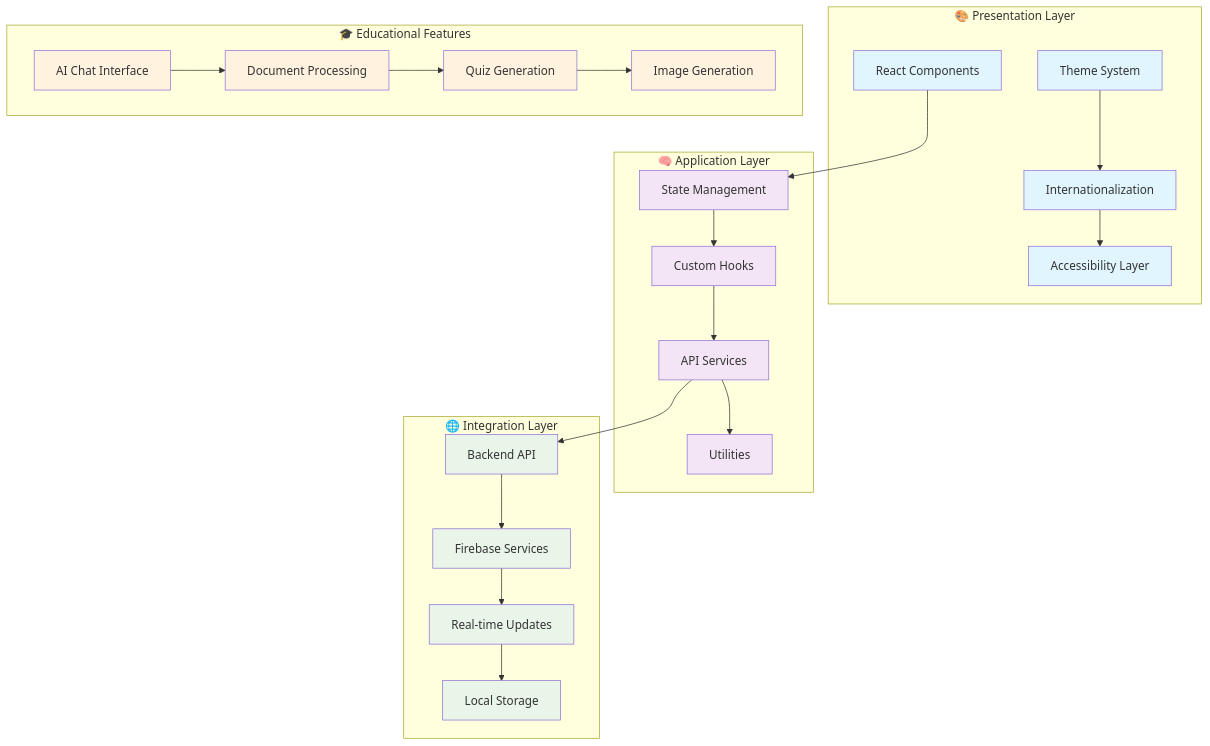
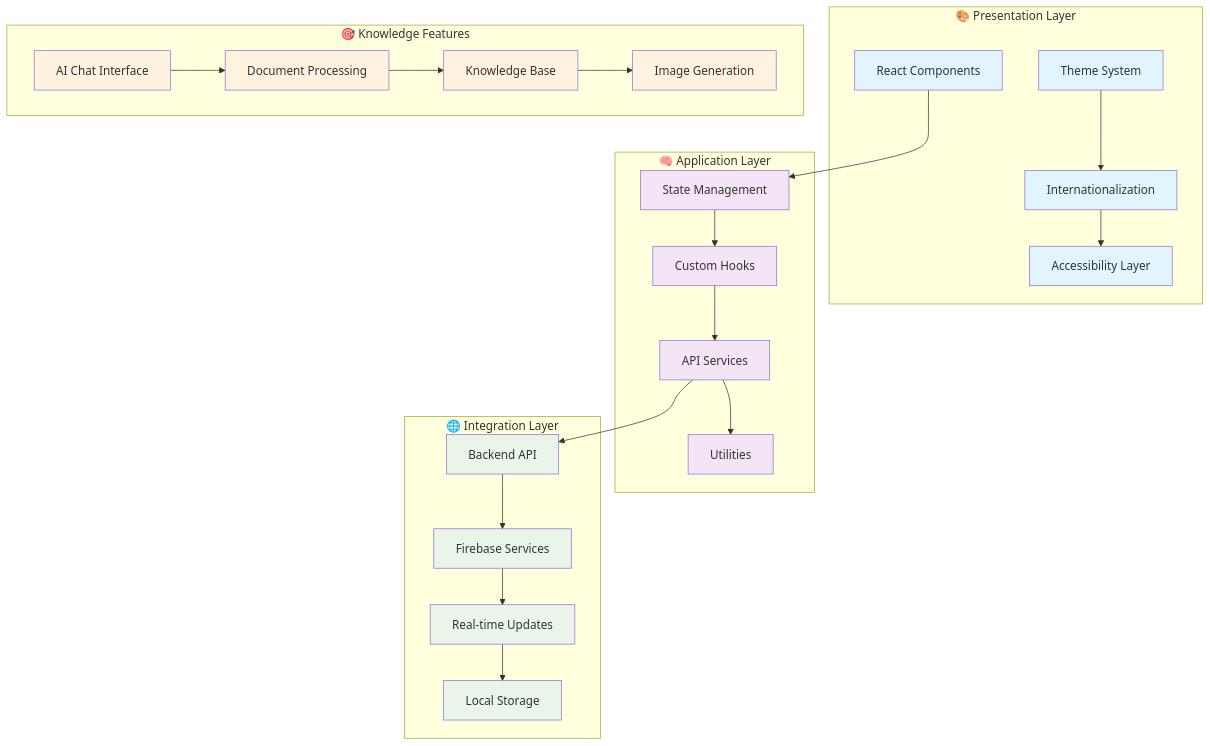
One commit to mhassan72/EDA-Front-End changed the second of 5 diagrams in README.md. Above: the diagram before and after it, drawn with Mermaid. The commit also changed other lines of this file and 2 other files, not shown here.

````diff
--- a/README.md
+++ b/README.md
@@ -92,57 +92,57 @@
 ```mermaid
 graph TB
     subgraph "🎨 Presentation Layer"
         UI[React Components]
         THEME[Theme System]
         I18N[Internationalization]
         A11Y[Accessibility Layer]
     end
     
     subgraph "🧠 Application Layer"
         STATE[State Management]
         HOOKS[Custom Hooks]
         SERVICES[API Services]
         UTILS[Utilities]
     end
     
     subgraph "🌐 Integration Layer"
         API[Backend API]
         FIREBASE[Firebase Services]
         REALTIME[Real-time Updates]
         STORAGE[Local Storage]
     end
     
-    subgraph "🎓 Educational Features"
+    subgraph "🎯 Knowledge Features"
         CHAT[AI Chat Interface]
         DOCS[Document Processing]
-        QUIZ[Quiz Generation]
+        KNOWLEDGE[Knowledge Base]
         IMAGES[Image Generation]
     end
     
     UI --> STATE
     THEME --> I18N
     I18N --> A11Y
     
     STATE --> HOOKS
     HOOKS --> SERVICES
     SERVICES --> UTILS
     
     SERVICES --> API
     API --> FIREBASE
     FIREBASE --> REALTIME
     REALTIME --> STORAGE
     
     CHAT --> DOCS
-    DOCS --> QUIZ
-    QUIZ --> IMAGES
+    DOCS --> KNOWLEDGE
+    KNOWLEDGE --> IMAGES
     
     classDef presentation fill:#e1f5fe
     classDef application fill:#f3e5f5
     classDef integration fill:#e8f5e8
-    classDef educational fill:#fff3e0
+    classDef knowledge fill:#fff3e0
     
     class UI,THEME,I18N,A11Y presentation
     class STATE,HOOKS,SERVICES,UTILS application
     class API,FIREBASE,REALTIME,STORAGE integration
-    class CHAT,DOCS,QUIZ,IMAGES educational
+    class CHAT,DOCS,KNOWLEDGE,IMAGES knowledge
 ```
````
